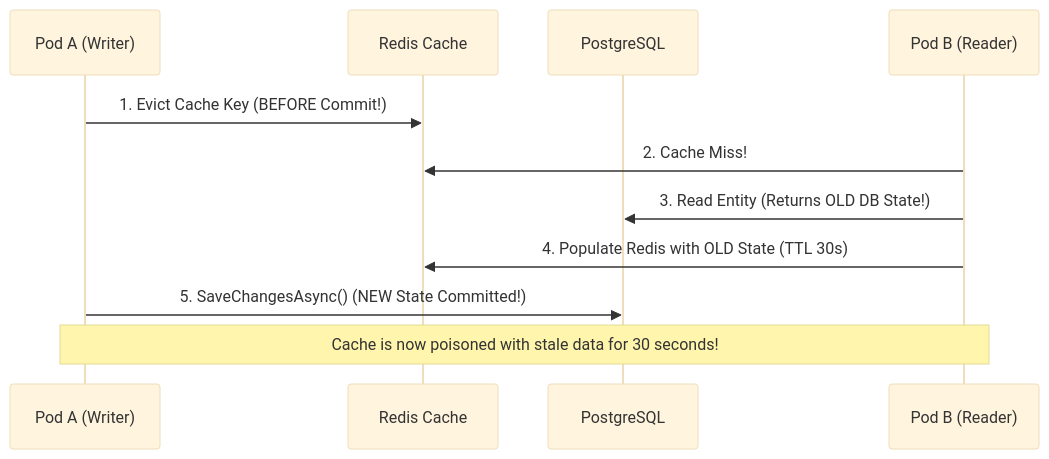
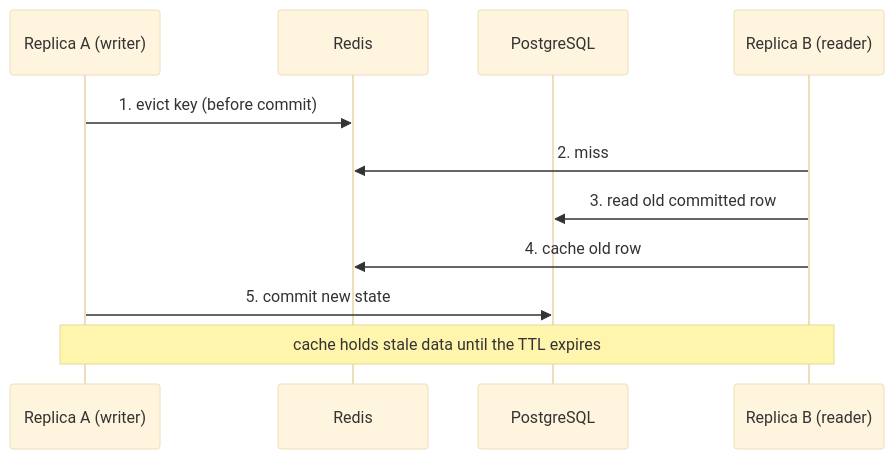
Before and after one commit to maysamgamini/crowdfundinghub: the fourth of 4 diagrams in educational/04-architect-gold-notes/key-mental-models-for-students.md, drawn with Mermaid (base theme). The commit also changed other lines of this file and 203 other files, not shown here.

````diff
--- a/educational/04-architect-gold-notes/key-mental-models-for-students.md
+++ b/educational/04-architect-gold-notes/key-mental-models-for-students.md
@@ -202,14 +174,14 @@
 ```mermaid
 sequenceDiagram
-    participant PodA as Pod A (Writer)
-    participant Redis as Redis Cache
+    participant A as Replica A (writer)
+    participant Redis as Redis
     participant DB as PostgreSQL
-    participant PodB as Pod B (Reader)
+    participant B as Replica B (reader)
 
-    PodA->>Redis: 1. Evict Cache Key (BEFORE Commit!)
-    PodB->>Redis: 2. Cache Miss!
-    PodB->>DB: 3. Read Entity (Returns OLD DB State!)
-    PodB->>Redis: 4. Populate Redis with OLD State (TTL 30s)
-    PodA->>DB: 5. SaveChangesAsync() (NEW State Committed!)
-    Note over PodA,PodB: Cache is now poisoned with stale data for 30 seconds!
+    A->>Redis: 1. evict key (before commit)
+    B->>Redis: 2. miss
+    B->>DB: 3. read old committed row
+    B->>Redis: 4. cache old row
+    A->>DB: 5. commit new state
+    Note over A,B: cache holds stale data until the TTL expires
 ```
````
